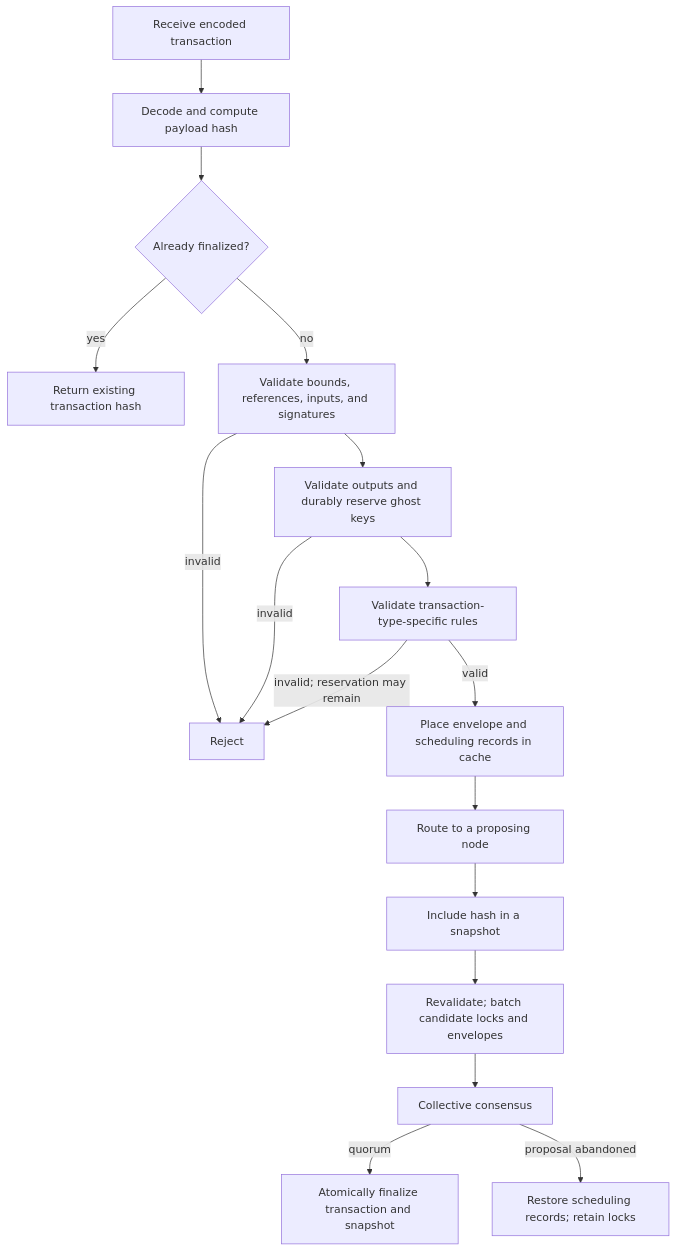
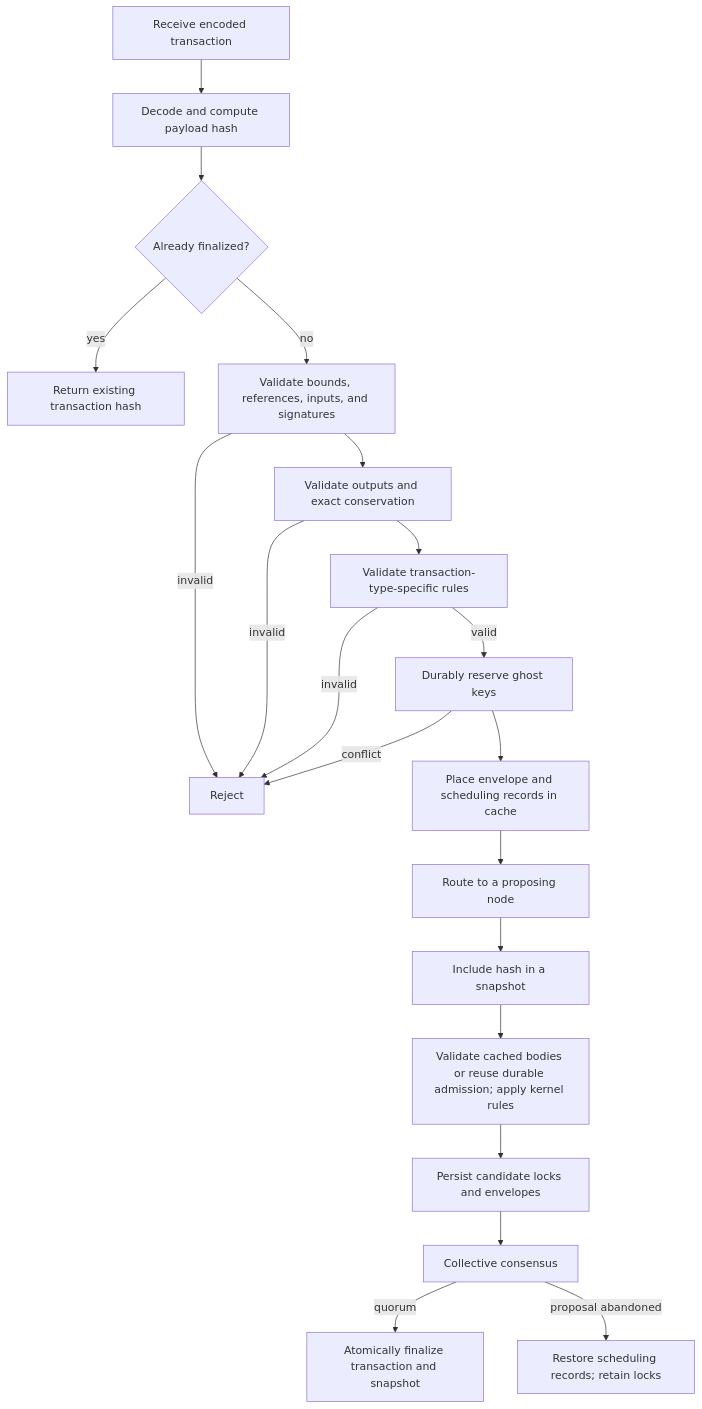
The second of 6 diagrams in doc/mixin-kernel-technical-paper.md (MixinNetwork/mixin), drawn with Mermaid before and after one commit. The commit also changed other lines of this file and 5 other files, not shown here.

````diff
--- a/doc/mixin-kernel-technical-paper.md
+++ b/doc/mixin-kernel-technical-paper.md
@@ -174,19 +176,22 @@
 ```mermaid
 flowchart TD
     A[Receive encoded transaction] --> B[Decode and compute payload hash]
     B --> C{Already finalized?}
     C -->|yes| Z[Return existing transaction hash]
     C -->|no| D[Validate bounds, references, inputs, and signatures]
     D -->|invalid| X[Reject]
-    D --> E[Validate outputs and durably reserve ghost keys]
+    D --> E[Validate outputs and exact conservation]
     E -->|invalid| X
     E --> T[Validate transaction-type-specific rules]
-    T -->|invalid; reservation may remain| X
-    T -->|valid| F[Place envelope and scheduling records in cache]
+    T -->|invalid| X
+    T -->|valid| R[Durably reserve ghost keys]
+    R -->|conflict| X
+    R --> F[Place envelope and scheduling records in cache]
     F --> G[Route to a proposing node]
     G --> H[Include hash in a snapshot]
-    H --> L[Revalidate; batch candidate locks and envelopes]
-    L --> I[Collective consensus]
+    H --> L[Validate cached bodies or reuse durable admission; apply kernel rules]
+    L --> P[Persist candidate locks and envelopes]
+    P --> I[Collective consensus]
     I -->|quorum| J[Atomically finalize transaction and snapshot]
     I -->|proposal abandoned| K[Restore scheduling records; retain locks]
 ```
````
